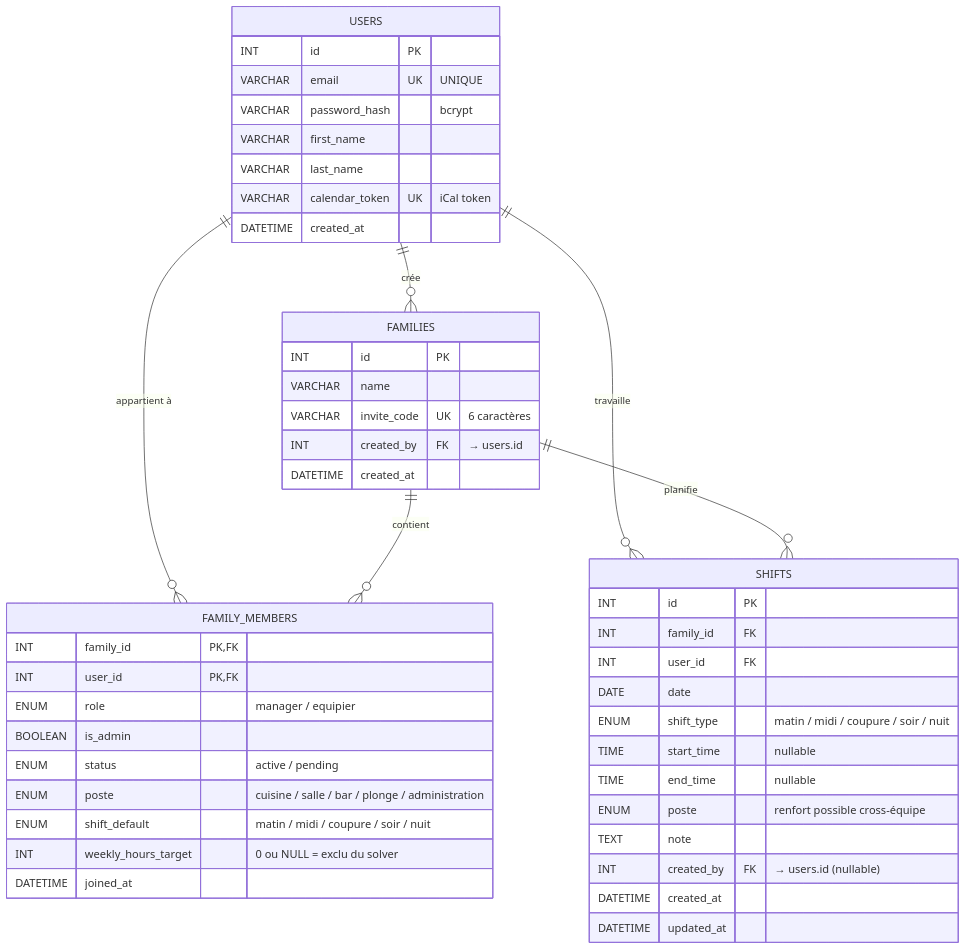
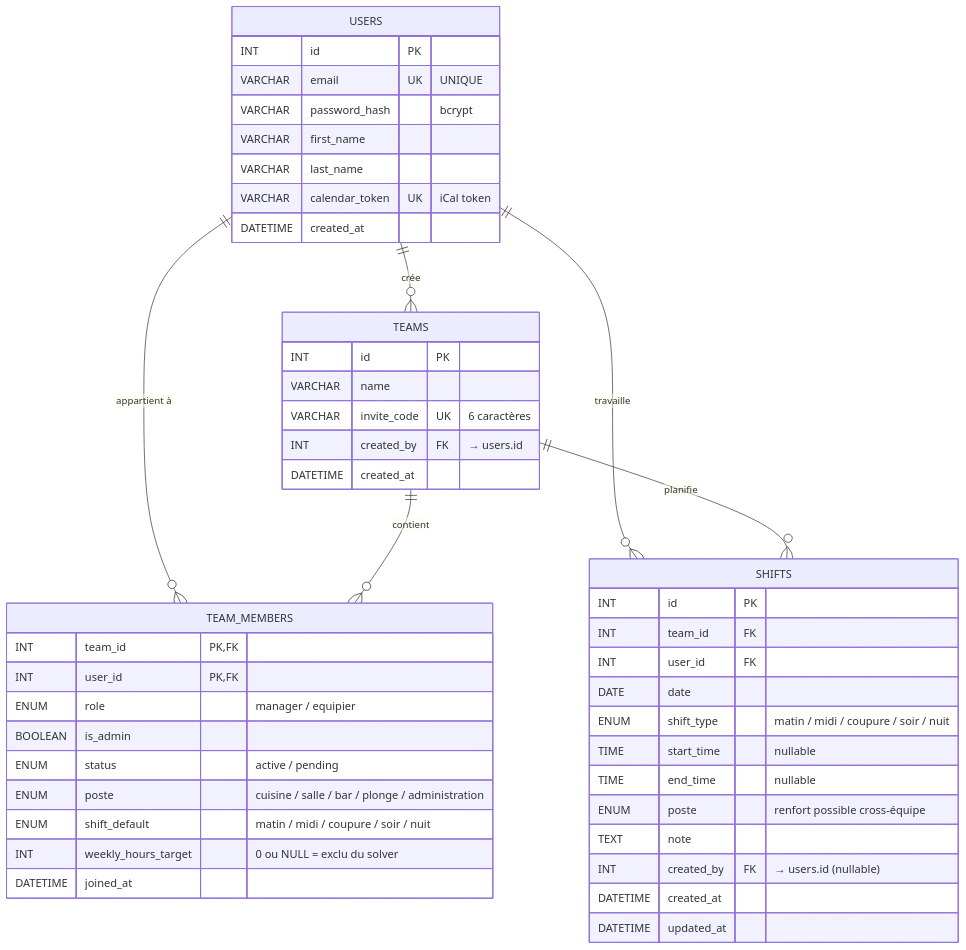
One commit to Vladimir08880888/rodzaevskiy-vladimir-dossiers-pros-DWWM changed the diagram in dossier-projet/annexes/SCHEMA_BDD.md. Above: the diagram before and after it, drawn with Mermaid. The commit also changed other lines of this file and 85 other files, not shown here.

First line of the commit message:
Rename families → teams across dossiers (docs, vendored code, 3 PDFs)

````diff
--- a/dossier-projet/annexes/SCHEMA_BDD.md
+++ b/dossier-projet/annexes/SCHEMA_BDD.md
@@ -8,53 +8,53 @@
 ```mermaid
 erDiagram
-    USERS ||--o{ FAMILY_MEMBERS : "appartient à"
+    USERS ||--o{ TEAM_MEMBERS : "appartient à"
     USERS ||--o{ SHIFTS : "travaille"
-    USERS ||--o{ FAMILIES : "crée"
-    FAMILIES ||--o{ FAMILY_MEMBERS : "contient"
-    FAMILIES ||--o{ SHIFTS : "planifie"
+    USERS ||--o{ TEAMS : "crée"
+    TEAMS ||--o{ TEAM_MEMBERS : "contient"
+    TEAMS ||--o{ SHIFTS : "planifie"
 
     USERS {
         INT id PK
         VARCHAR email UK "UNIQUE"
         VARCHAR password_hash "bcrypt"
         VARCHAR first_name
         VARCHAR last_name
         VARCHAR calendar_token UK "iCal token"
         DATETIME created_at
     }
 
-    FAMILIES {
+    TEAMS {
         INT id PK
         VARCHAR name
         VARCHAR invite_code UK "6 caractères"
         INT created_by FK "→ users.id"
         DATETIME created_at
     }
 
-    FAMILY_MEMBERS {
-        INT family_id PK,FK
+    TEAM_MEMBERS {
+        INT team_id PK,FK
         INT user_id PK,FK
         ENUM role "manager / equipier"
         BOOLEAN is_admin
         ENUM status "active / pending"
         ENUM poste "cuisine / salle / bar / plonge / administration"
         ENUM shift_default "matin / midi / coupure / soir / nuit"
         INT weekly_hours_target "0 ou NULL = exclu du solver"
         DATETIME joined_at
     }
 
     SHIFTS {
         INT id PK
-        INT family_id FK
+        INT team_id FK
         INT user_id FK
         DATE date
         ENUM shift_type "matin / midi / coupure / soir / nuit"
         TIME start_time "nullable"
         TIME end_time "nullable"
         ENUM poste "renfort possible cross-équipe"
         TEXT note
         INT created_by FK "→ users.id (nullable)"
         DATETIME created_at
         DATETIME updated_at
     }
 ```
````
